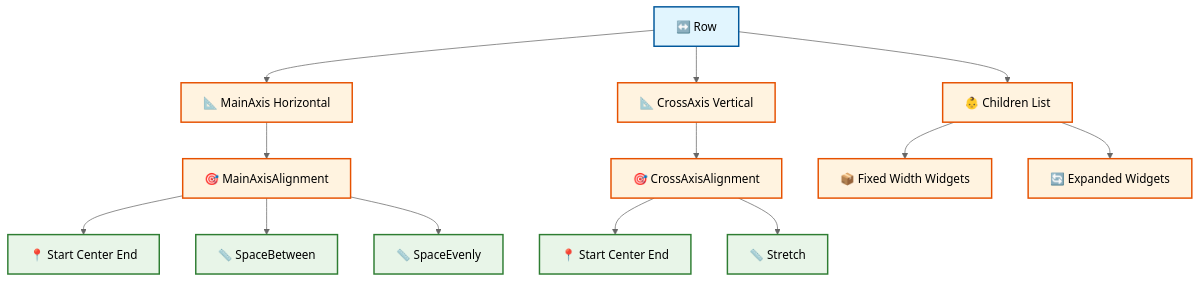
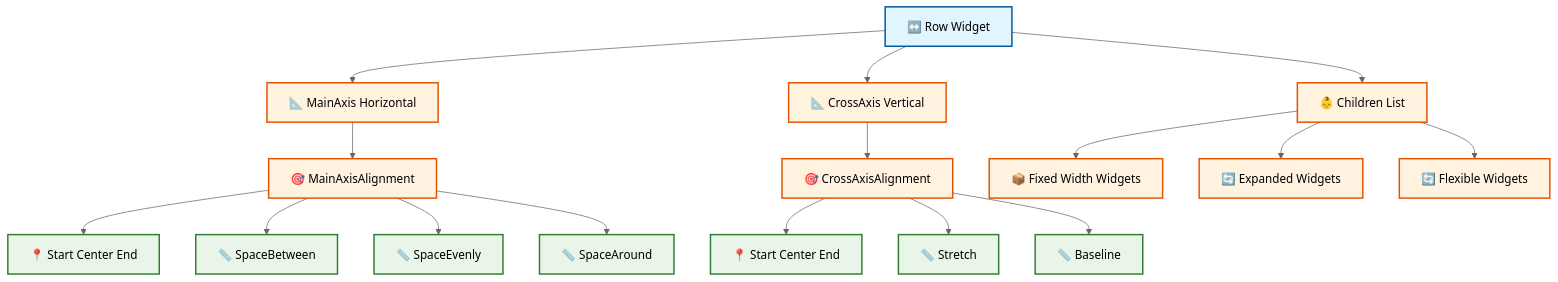
The fifth of 11 diagrams in pertemuan3.md (antonprafanto/flutter), drawn with Mermaid (neutral theme) before and after one commit. The commit also changed other lines of this file, not shown here.

````diff
--- a/pertemuan3.md
+++ b/pertemuan3.md
@@ -376,32 +518,38 @@
 ```mermaid
 flowchart TD
-    A[↔️ Row] --> B[📐 MainAxis Horizontal]
+    A[↔️ Row Widget] --> B[📐 MainAxis Horizontal]
     A --> C[📐 CrossAxis Vertical]
     A --> D[👶 Children List]
     
     B --> E[🎯 MainAxisAlignment]
     E --> F[📍 Start Center End]
     E --> G[📏 SpaceBetween]
     E --> H[📏 SpaceEvenly]
+    E --> I[📏 SpaceAround]
     
-    C --> I[🎯 CrossAxisAlignment]
-    I --> J[📍 Start Center End]
-    I --> K[📏 Stretch]
+    C --> J[🎯 CrossAxisAlignment]
+    J --> K[📍 Start Center End]
+    J --> L[📏 Stretch]
+    J --> M[📏 Baseline]
     
-    D --> L[📦 Fixed Width Widgets]
-    D --> M[🔄 Expanded Widgets]
+    D --> N[📦 Fixed Width Widgets]
+    D --> O[🔄 Expanded Widgets]
+    D --> P[🔄 Flexible Widgets]
     
     style A fill:#e1f5fe,stroke:#01579b,stroke-width:2px,color:#000
     style B fill:#fff3e0,stroke:#e65100,stroke-width:2px,color:#000
     style C fill:#fff3e0,stroke:#e65100,stroke-width:2px,color:#000
     style D fill:#fff3e0,stroke:#e65100,stroke-width:2px,color:#000
     style E fill:#fff3e0,stroke:#e65100,stroke-width:2px,color:#000
     style F fill:#e8f5e8,stroke:#2e7d32,stroke-width:2px,color:#000
     style G fill:#e8f5e8,stroke:#2e7d32,stroke-width:2px,color:#000
     style H fill:#e8f5e8,stroke:#2e7d32,stroke-width:2px,color:#000
-    style I fill:#fff3e0,stroke:#e65100,stroke-width:2px,color:#000
-    style J fill:#e8f5e8,stroke:#2e7d32,stroke-width:2px,color:#000
+    style I fill:#e8f5e8,stroke:#2e7d32,stroke-width:2px,color:#000
+    style J fill:#fff3e0,stroke:#e65100,stroke-width:2px,color:#000
     style K fill:#e8f5e8,stroke:#2e7d32,stroke-width:2px,color:#000
-    style L fill:#fff3e0,stroke:#e65100,stroke-width:2px,color:#000
-    style M fill:#fff3e0,stroke:#e65100,stroke-width:2px,color:#000
+    style L fill:#e8f5e8,stroke:#2e7d32,stroke-width:2px,color:#000
+    style M fill:#e8f5e8,stroke:#2e7d32,stroke-width:2px,color:#000
+    style N fill:#fff3e0,stroke:#e65100,stroke-width:2px,color:#000
+    style O fill:#fff3e0,stroke:#e65100,stroke-width:2px,color:#000
+    style P fill:#fff3e0,stroke:#e65100,stroke-width:2px,color:#000
 ```
````
